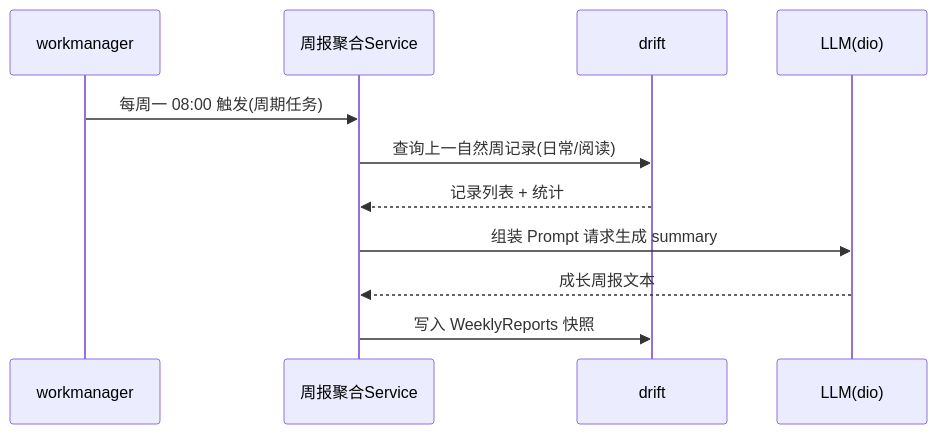
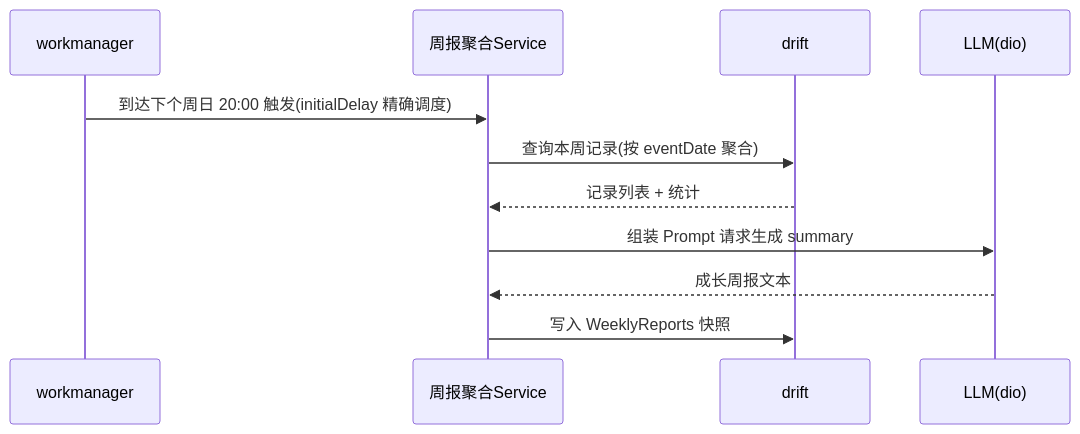
Before and after one commit to liwshuo/sprout: the fourth of 7 diagrams in docs/技术方案.md, drawn with Mermaid. The commit also changed other lines of this file and 45 other files, not shown here.

````diff
--- a/docs/技术方案.md
+++ b/docs/技术方案.md
@@ -278,13 +746,13 @@
 ```mermaid
 sequenceDiagram
     participant WM as workmanager
     participant SVC as 周报聚合Service
     participant DB as drift
     participant LLM as LLM(dio)
-    WM->>SVC: 每周一 08:00 触发(周期任务)
-    SVC->>DB: 查询上一自然周记录(日常/阅读)
+    WM->>SVC: 到达下个周日 20:00 触发(initialDelay 精确调度)
+    SVC->>DB: 查询本周记录(按 eventDate 聚合)
     DB-->>SVC: 记录列表 + 统计
     SVC->>LLM: 组装 Prompt 请求生成 summary
     LLM-->>SVC: 成长周报文本
     SVC->>DB: 写入 WeeklyReports 快照
 ```
````
